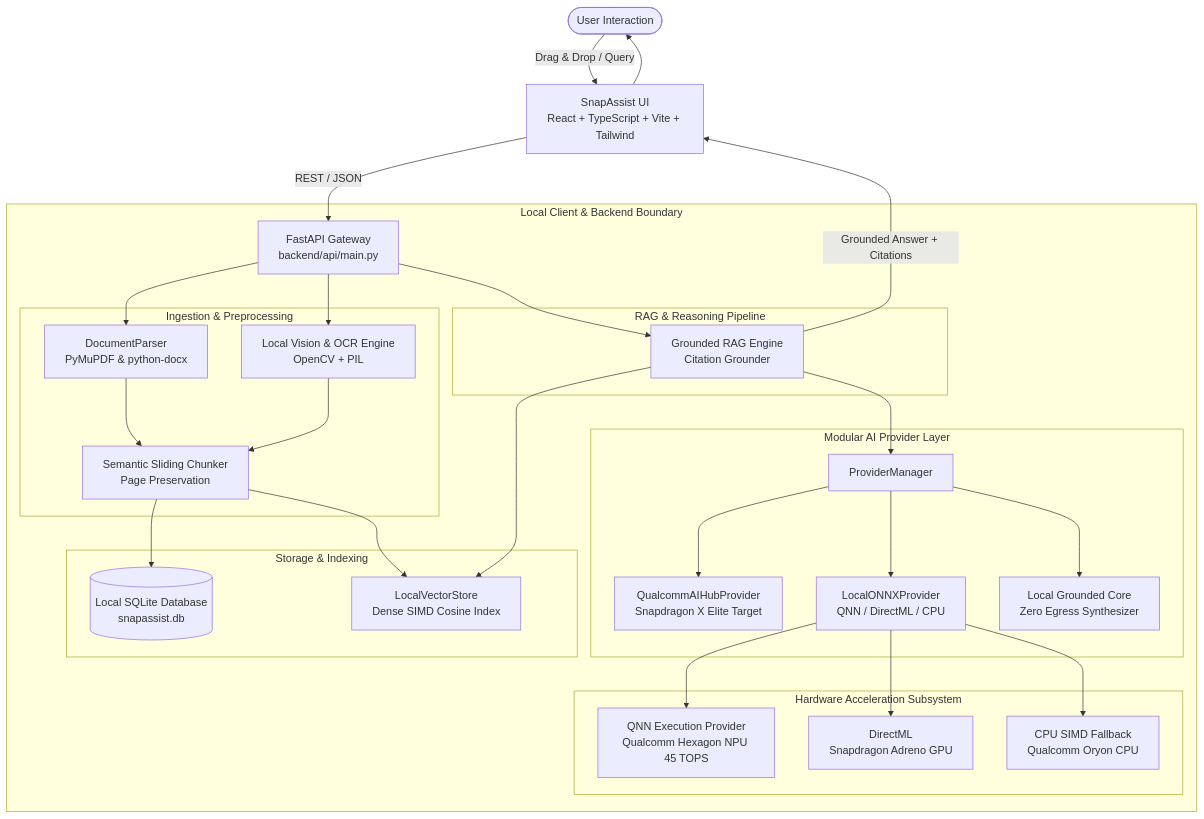
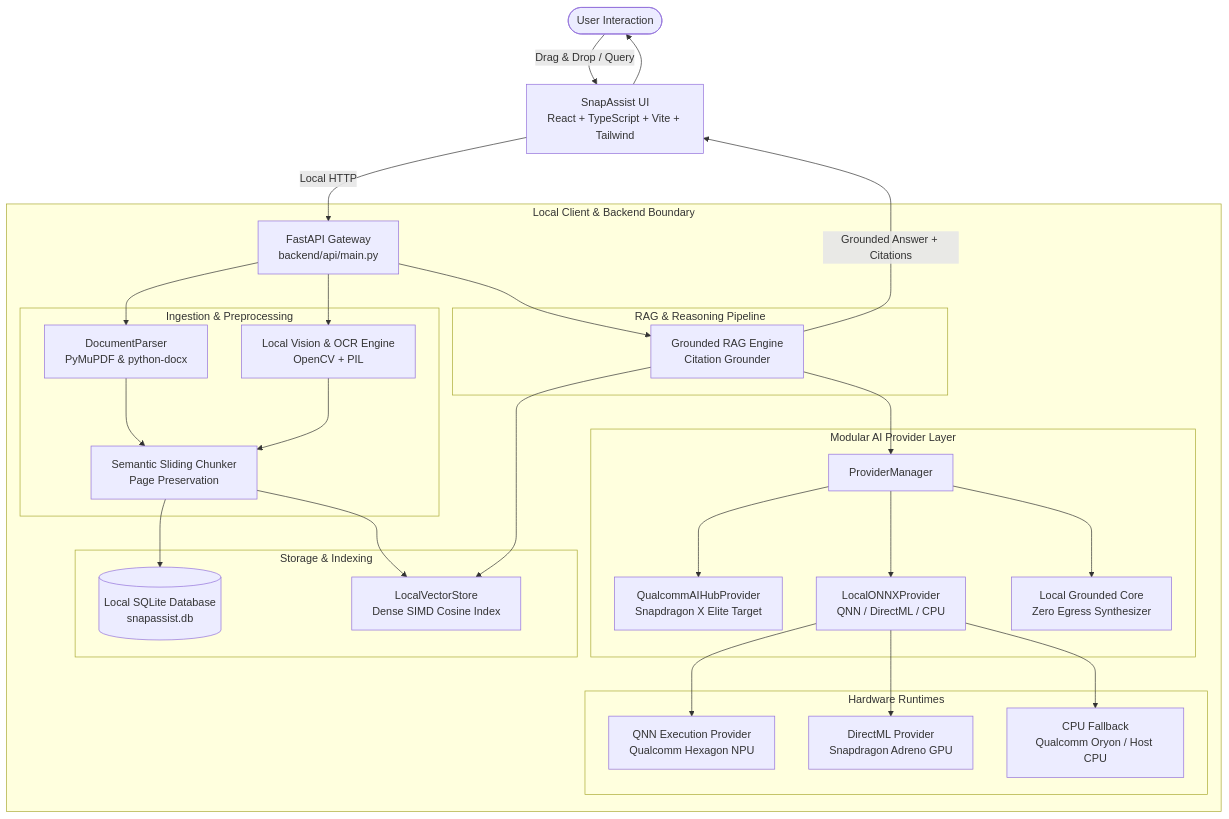
One commit to chandu1165/SnapAssist-Private-On-Device-AI-Workspace changed the diagram in ARCHITECTURE.md. Above: the diagram before and after it, drawn with Mermaid. The commit also changed other lines of this file and 17 other files, not shown here.

````diff
--- a/ARCHITECTURE.md
+++ b/ARCHITECTURE.md
@@ -10,51 +10,51 @@
 ```mermaid
 flowchart TD
     User([User Interaction])
     UI[SnapAssist UI\nReact + TypeScript + Vite + Tailwind]
     
     subgraph Local Client & Backend Boundary
         API[FastAPI Gateway\nbackend/api/main.py]
         
         subgraph Ingestion & Preprocessing
             DocParser[DocumentParser\nPyMuPDF & python-docx]
             VisionOCR[Local Vision & OCR Engine\nOpenCV + PIL]
             Chunker[Semantic Sliding Chunker\nPage Preservation]
         end
         
         subgraph Storage & Indexing
             SQLite[(Local SQLite Database\nsnapassist.db)]
             VStore[LocalVectorStore\nDense SIMD Cosine Index]
         end
         
         subgraph RAG & Reasoning Pipeline
             RAGEngine[Grounded RAG Engine\nCitation Grounder]
         end
         
         subgraph Modular AI Provider Layer
             Manager[ProviderManager]
             QAIHub[QualcommAIHubProvider\nSnapdragon X Elite Target]
             LocalONNX[LocalONNXProvider\nQNN / DirectML / CPU]
             LocalLLM[Local Grounded Core\nZero Egress Synthesizer]
         end
         
-        subgraph Hardware Acceleration Subsystem
-            QNN[QNN Execution Provider\nQualcomm Hexagon NPU 45 TOPS]
-            DML[DirectML\nSnapdragon Adreno GPU]
-            CPU[CPU SIMD Fallback\nQualcomm Oryon CPU]
+        subgraph Hardware Runtimes
+            QNN[QNN Execution Provider\nQualcomm Hexagon NPU]
+            DML[DirectML Provider\nSnapdragon Adreno GPU]
+            CPU[CPU Fallback\nQualcomm Oryon / Host CPU]
         end
     end
     
     User -->|Drag & Drop / Query| UI
-    UI -->|REST / JSON| API
+    UI -->|Local HTTP| API
     API --> DocParser & VisionOCR
     DocParser --> Chunker
     VisionOCR --> Chunker
     Chunker --> SQLite & VStore
     API --> RAGEngine
     RAGEngine --> VStore
     RAGEngine --> Manager
     Manager --> QAIHub & LocalONNX & LocalLLM
     LocalONNX --> QNN & DML & CPU
     RAGEngine -->|Grounded Answer + Citations| UI
     UI --> User
 ```
````
